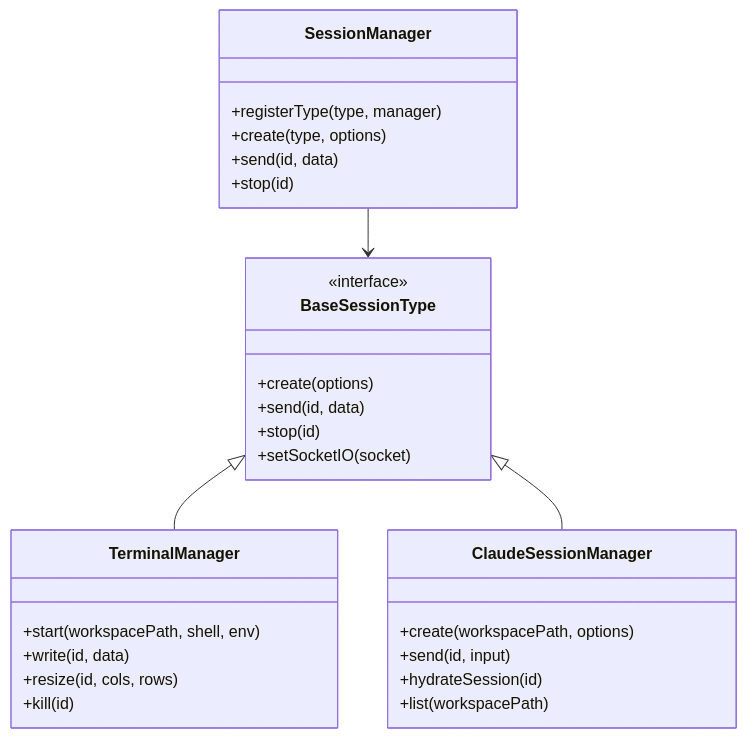
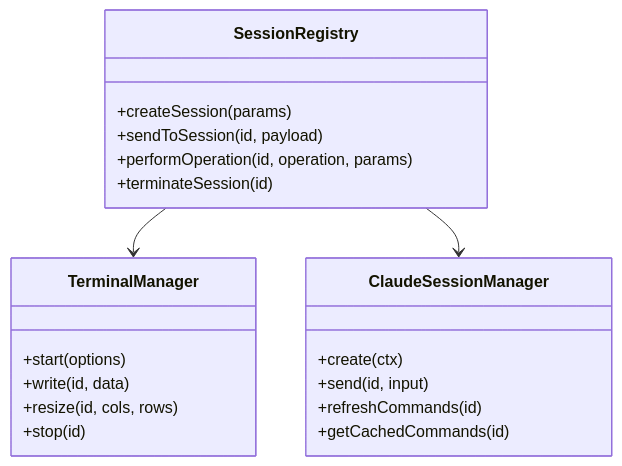
The fifth of 13 diagrams in docs/ARCHITECTURE.md (fwdslsh/dispatch), drawn with Mermaid before and after one commit. The commit also changed other lines of this file and 100 other files, not shown here.

````diff
--- a/docs/ARCHITECTURE.md
+++ b/docs/ARCHITECTURE.md
@@ -335,35 +306,26 @@
 ```mermaid
 classDiagram
-    class SessionManager {
-        +registerType(type, manager)
-        +create(type, options)
-        +send(id, data)
+    class SessionRegistry {
+        +createSession(params)
+        +sendToSession(id, payload)
+        +performOperation(id, operation, params)
+        +terminateSession(id)
+    }
+
+    class TerminalManager {
+        +start(options)
+        +write(id, data)
+        +resize(id, cols, rows)
         +stop(id)
     }
 
-    class BaseSessionType {
-        <<interface>>
-        +create(options)
-        +send(id, data)
-        +stop(id)
-        +setSocketIO(socket)
+    class ClaudeSessionManager {
+        +create(ctx)
+        +send(id, input)
+        +refreshCommands(id)
+        +getCachedCommands(id)
     }
 
-    class TerminalManager {
-        +start(workspacePath, shell, env)
-        +write(id, data)
-        +resize(id, cols, rows)
-        +kill(id)
-    }
-
-    class ClaudeSessionManager {
-        +create(workspacePath, options)
-        +send(id, input)
-        +hydrateSession(id)
-        +list(workspacePath)
-    }
-
-    SessionManager --> BaseSessionType
-    BaseSessionType <|-- TerminalManager
-    BaseSessionType <|-- ClaudeSessionManager
+    SessionRegistry --> TerminalManager
+    SessionRegistry --> ClaudeSessionManager
 ```
````
